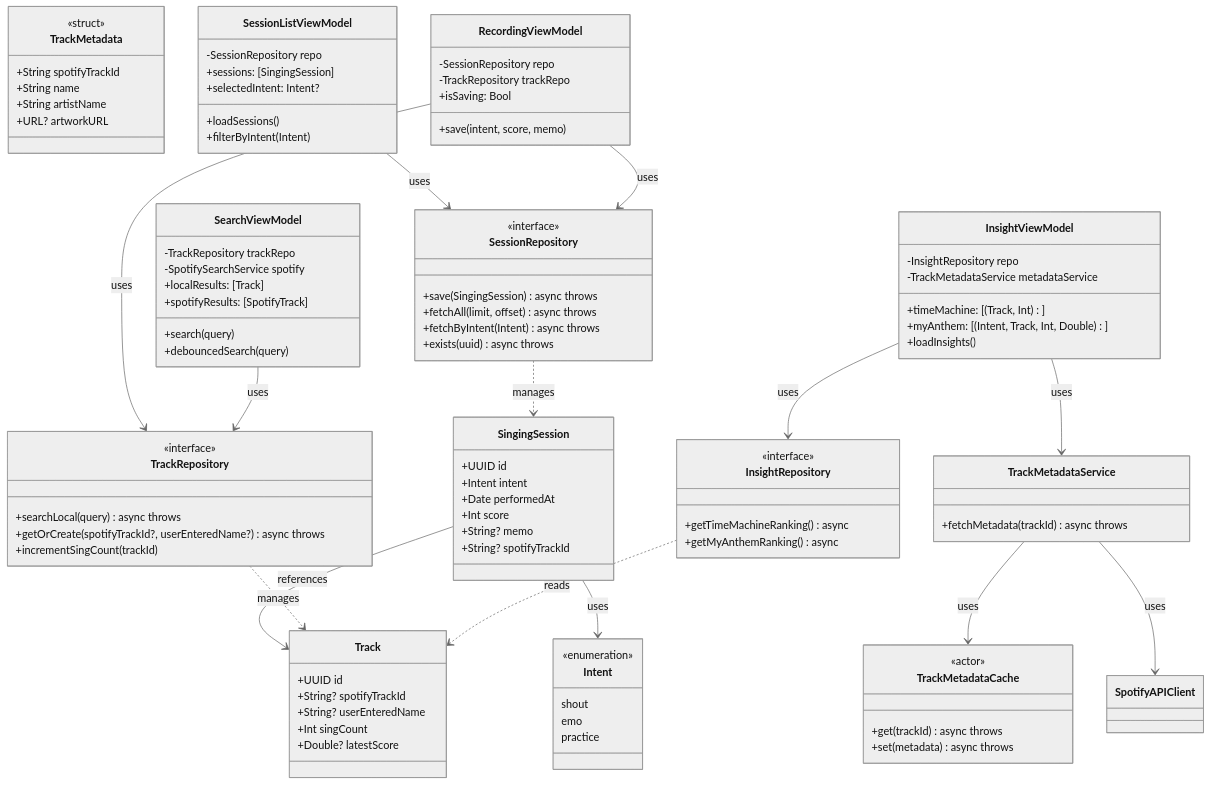
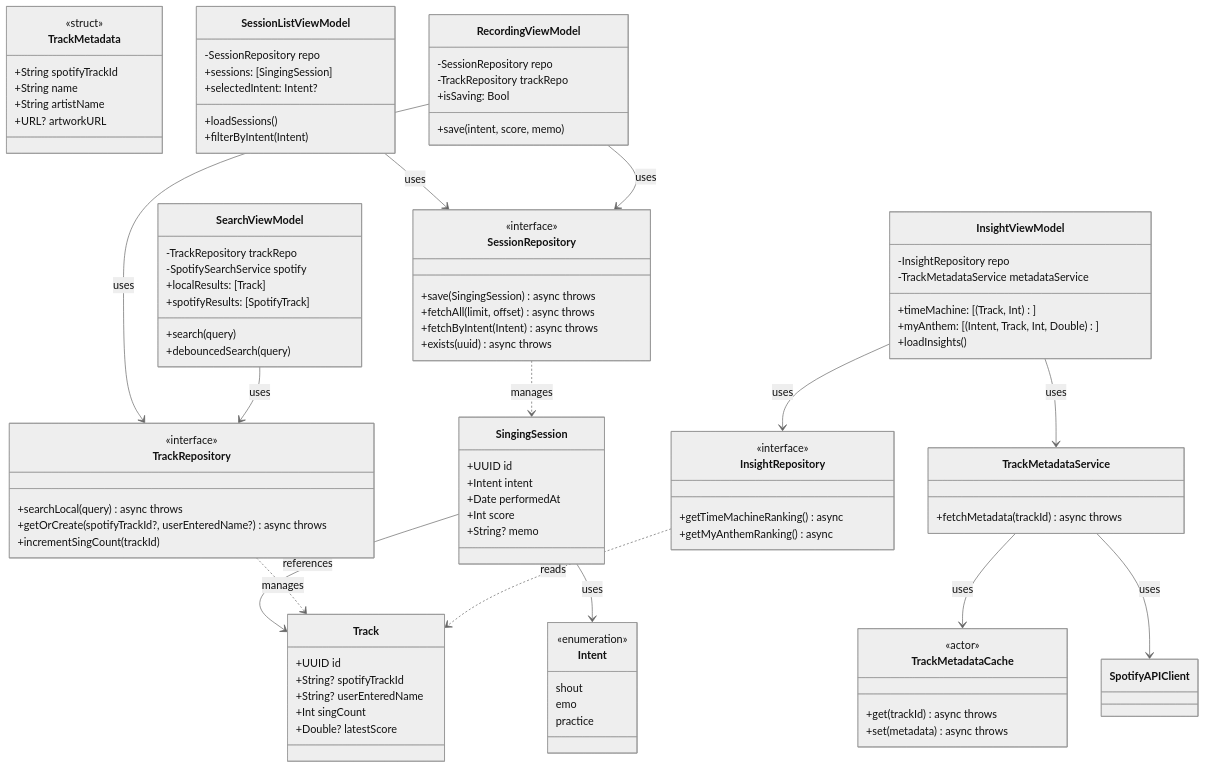
One commit to omomi-moti/Karaoke_support changed the fifth of 7 diagrams in docs/detailed_design.md. Above: the diagram before and after it, drawn with Mermaid (neutral theme). The commit also changed other lines of this file, not shown here.

First line of the commit message:
docs(detailed_design): remove redundant spotifyTrackId from SingingSession

```diff
--- a/docs/detailed_design.md
+++ b/docs/detailed_design.md
@@ -139,7 +139,6 @@
         +Date performedAt
         +Int score
         +String? memo
-        +String? spotifyTrackId
     }
 
     class Track {
```
